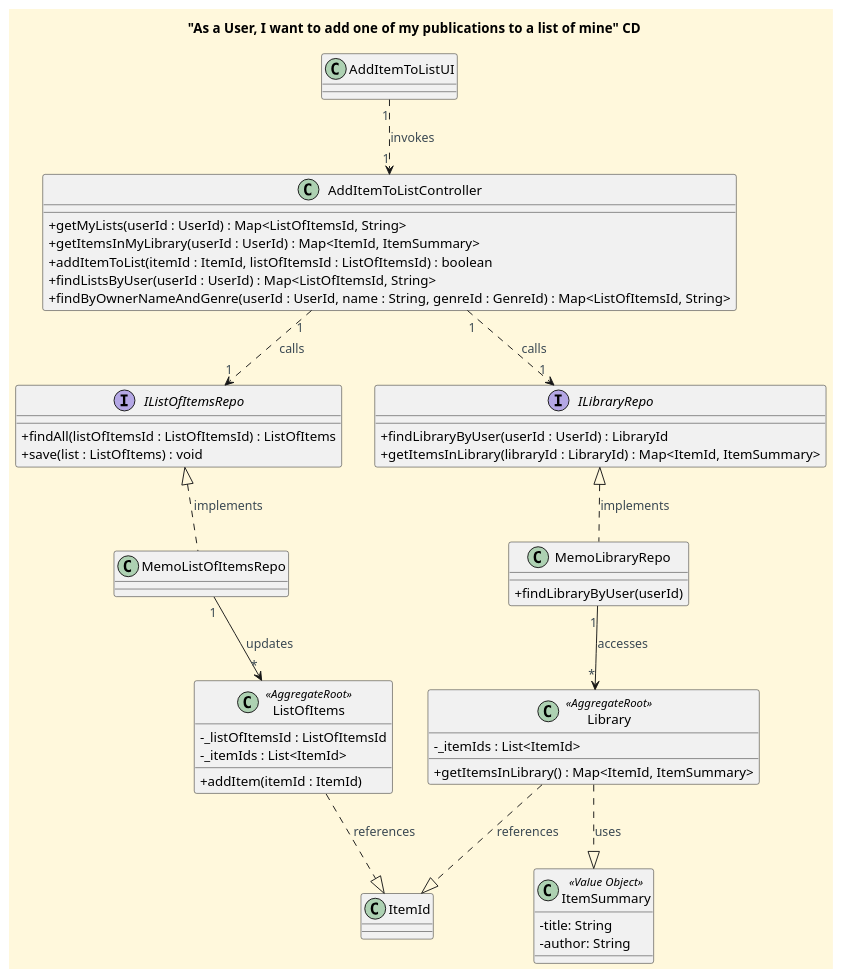
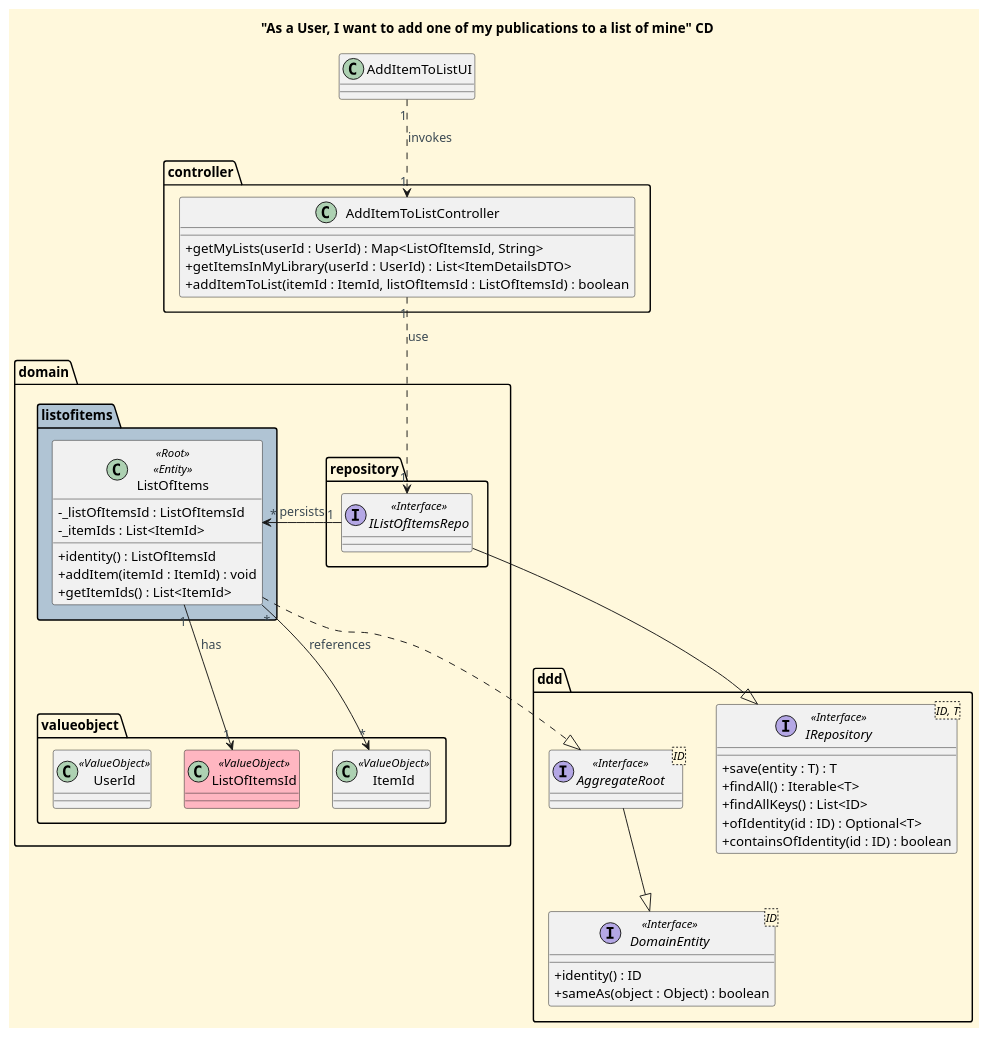
The diagram in docs/functionalities/user/add-my-publication-to-my-list/Add_My_Publication_To_My_List_CD.puml (CarolinaLeite-collab/JavaMarketplacePlatform), drawn with PlantUML before and after one commit. The commit also changed 3 other files, not shown here.

Commit message:
Feat: Update US018 CD, SD and ref diagrams, Refs: #716

```diff
--- a/docs/functionalities/user/add-my-publication-to-my-list/Add_My_Publication_To_My_List_CD.puml
+++ b/docs/functionalities/user/add-my-publication-to-my-list/Add_My_Publication_To_My_List_CD.puml
@@ -1,79 +1,77 @@
 @startuml
-'https://plantuml.com/class-diagram
 title "As a User, I want to add one of my publications to a list of mine" CD
+top to bottom direction
 
-'==== basic style ====
 skinparam monochrome false
 skinparam shadowing false
 skinparam defaultFontName Futura
 skinparam objectFontSize 20
 skinparam backgroundColor CornSilk
 skinparam objectBackgroundColor WhiteSmoke
 skinparam noteBackgroundColor #FFFFE0
 skinparam ArrowFontColor #3B4953
 skinparam ActivationBackgroundColor black
 skinparam classAttributeIconSize 0
 
+class AddItemToListUI
 
-class AddItemToListUI {
+package "controller" {
+    class AddItemToListController {
+        + getMyLists(userId : UserId) : Map<ListOfItemsId, String>
+        + getItemsInMyLibrary(userId : UserId) : List<ItemDetailsDTO>
+        + addItemToList(itemId : ItemId, listOfItemsId : ListOfItemsId) : boolean
+    }
 }
 
-class AddItemToListController {
+package "domain" {
 
-    + getMyLists(userId : UserId) : Map<ListOfItemsId, String>
-    + getItemsInMyLibrary(userId : UserId) : Map<ItemId, ItemSummary>
-    + addItemToList(itemId : ItemId, listOfItemsId : ListOfItemsId) : boolean
-    + findListsByUser(userId : UserId) : Map<ListOfItemsId, String>
-    + findByOwnerNameAndGenre(userId : UserId, name : String, genreId : GenreId) : Map<ListOfItemsId, String>
+    package "listofitems" #b0c4d4 {
+        class ListOfItems <<Root>> <<Entity>> {
+            - _listOfItemsId : ListOfItemsId
+            - _itemIds : List<ItemId>
+            + identity() : ListOfItemsId
+            + addItem(itemId : ItemId) : void
+            + getItemIds() : List<ItemId>
+        }
+    }
+
+    package "repository" {
+        interface IListOfItemsRepo <<Interface>> {
+        }
+    }
+
+    package "valueobject" {
+        class ListOfItemsId <<ValueObject>> #LightPink {}
+        class ItemId <<ValueObject>> {}
+        class UserId <<ValueObject>> {}
+    }
 }
 
-interface IListOfItemsRepo {
-    + findAll(listOfItemsId : ListOfItemsId) : ListOfItems
-    + save(list : ListOfItems) : void
+package "ddd" {
+    interface IRepository<ID, T> <<Interface>> {
+        +save(entity : T) : T
+        +findAll() : Iterable<T>
+        +findAllKeys() : List<ID>
+        +ofIdentity(id : ID) : Optional<T>
+        +containsOfIdentity(id : ID) : boolean
+    }
+    interface DomainEntity<ID> <<Interface>> {
+        +identity() : ID
+        +sameAs(object : Object) : boolean
+    }
+    interface AggregateRoot<ID> <<Interface>> {}
 }
 
-class MemoListOfItemsRepo{
-}
+AddItemToListUI "1" ..> "1" AddItemToListController : invokes
+AddItemToListController "1" ..> "1" IListOfItemsRepo : «use»
 
-class Library <<AggregateRoot>> {
-    - _itemIds : List<ItemId>
-    + getItemsInLibrary() : Map<ItemId, ItemSummary>
-}
+IListOfItemsRepo --|> IRepository
+IListOfItemsRepo "1" -> "*" ListOfItems : persists
 
-class ListOfItems <<AggregateRoot>> {
-    - _listOfItemsId : ListOfItemsId
-    - _itemIds : List<ItemId>
-    + addItem(itemId : ItemId)
-}
+ListOfItems "1" --> "1" ListOfItemsId : has
+ListOfItems "*" --> "*" ItemId : references
 
-interface ILibraryRepo {
-    + findLibraryByUser(userId : UserId) : LibraryId
-    + getItemsInLibrary(libraryId : LibraryId) : Map<ItemId, ItemSummary>
-}
-
-class MemoLibraryRepo {
-    + findLibraryByUser(userId)
-}
-
-class ItemSummary <<Value Object>> {
-    - title: String
-    - author: String
-}
-
-class ItemId {
-}
-
-'==== Interactions ===='
-
-AddItemToListUI "1" ..> "1" AddItemToListController : invokes
-AddItemToListController "1" ..> "1" IListOfItemsRepo : calls
-AddItemToListController "1" ..> "1" ILibraryRepo : calls
-MemoListOfItemsRepo "1" --> "*" ListOfItems: updates
-MemoLibraryRepo "1" --> "*" Library : accesses
-IListOfItemsRepo <|.. MemoListOfItemsRepo: implements
-ILibraryRepo <|.. MemoLibraryRepo: implements
-Library ..|> ItemSummary: uses
-Library ..|> ItemId: references
-ListOfItems ..|> ItemId: references
+ListOfItems .|> AggregateRoot
+AggregateRoot --|> DomainEntity
 
 @enduml
```
